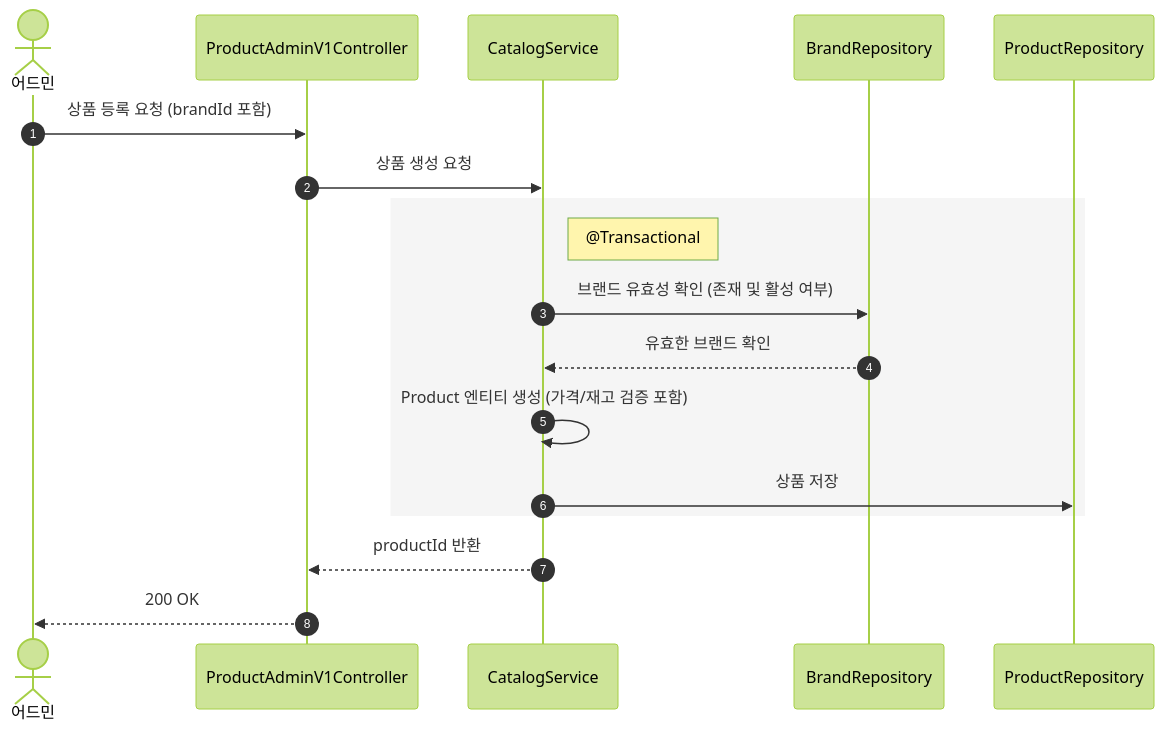
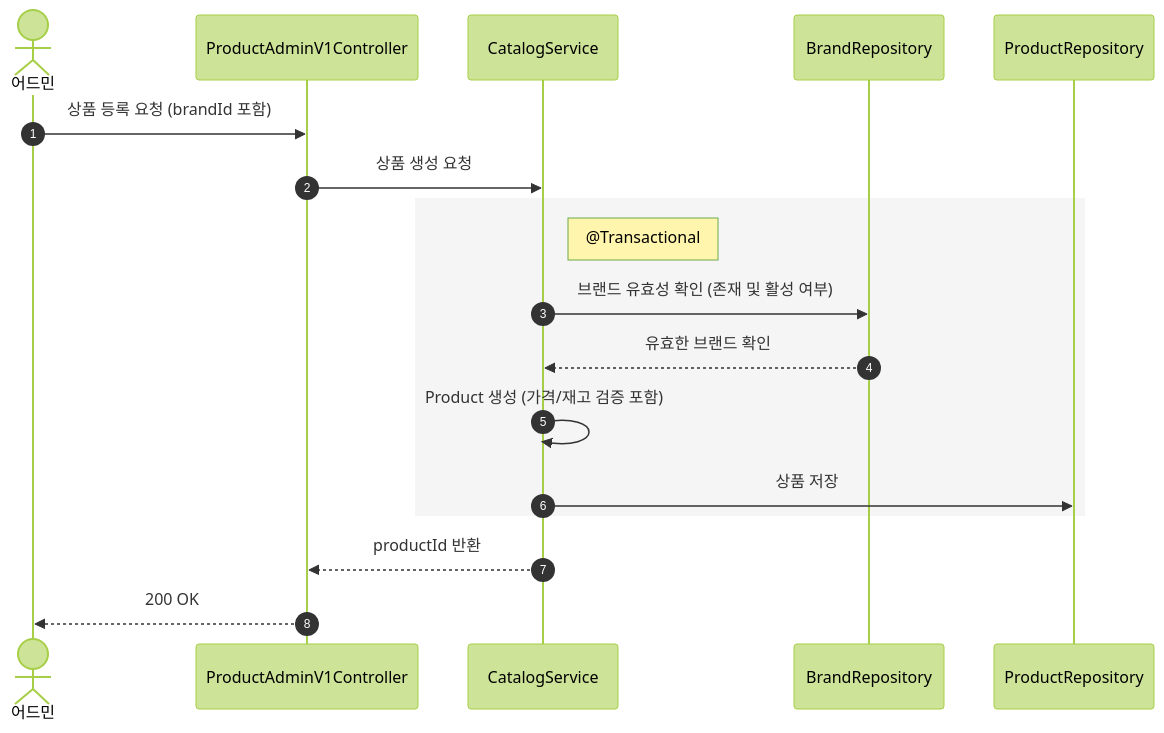
Diagram 12 of 26 in docs/design/02-sequence-diagrams.md (Loopers-dev-lab/loop-pack-be-l2-vol3-kotlin), drawn with Mermaid (forest theme) before and after one commit. The commit also changed other lines of this file and 6 other files, not shown here.

````diff
--- a/docs/design/02-sequence-diagrams.md
+++ b/docs/design/02-sequence-diagrams.md
@@ -314,22 +314,22 @@
 ```mermaid
 sequenceDiagram
     autonumber
     actor Admin as 어드민
     participant C as ProductAdminV1Controller
     participant S as CatalogService
     participant BR as BrandRepository
     participant PR as ProductRepository
     Admin ->> C: 상품 등록 요청 (brandId 포함)
     C ->> S: 상품 생성 요청
 
     rect rgb(245, 245, 245)
         Note right of S: @Transactional
         S ->> BR: 브랜드 유효성 확인 (존재 및 활성 여부)
         BR -->> S: 유효한 브랜드 확인
-        S ->> S: Product 엔티티 생성 (가격/재고 검증 포함)
+        S ->> S: Product 생성 (가격/재고 검증 포함)
         S ->> PR: 상품 저장
     end
 
     S -->> C: productId 반환
     C -->> Admin: 200 OK
 ```
````
